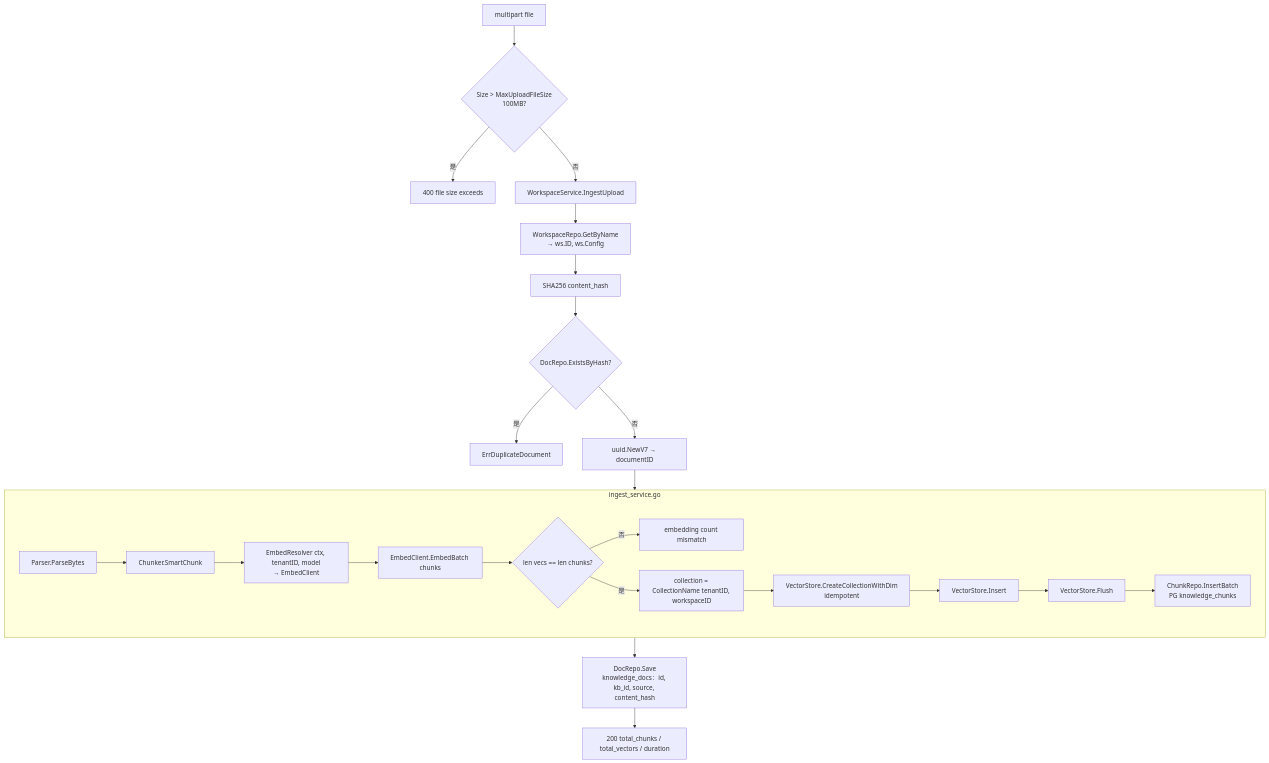
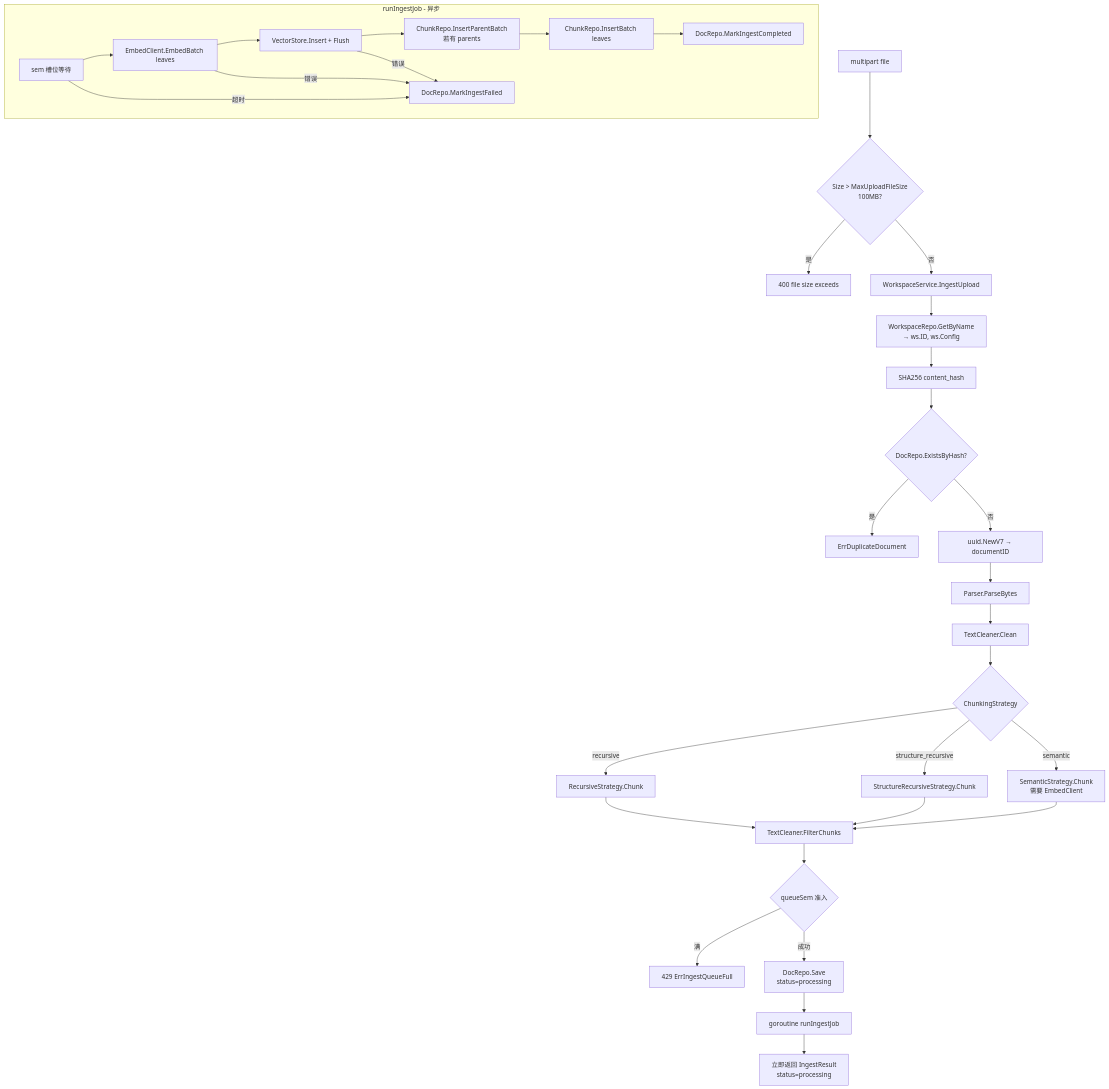
The second of 3 diagrams in docs/agent/knowledge-workspace.md (ArchChuan/Stratum), drawn with Mermaid before and after one commit. The commit also changed other lines of this file and 71 other files, not shown here.

````diff
--- a/docs/agent/knowledge-workspace.md
+++ b/docs/agent/knowledge-workspace.md
@@ -142,28 +366,36 @@
 ```mermaid
 flowchart TD
     A[multipart file] --> B{Size > MaxUploadFileSize<br/>100MB?}
     B -->|是| E1[400 file size exceeds]
     B -->|否| C[WorkspaceService.IngestUpload]
     C --> D[WorkspaceRepo.GetByName<br/>→ ws.ID, ws.Config]
     D --> H[SHA256 content_hash]
     H --> DUP{DocRepo.ExistsByHash?}
     DUP -->|是| E2[ErrDuplicateDocument]
     DUP -->|否| ID[uuid.NewV7 → documentID]
-    ID --> ING[KnowledgeIngest.IngestDocument]
+    ID --> PARSE[Parser.ParseBytes]
+    PARSE --> CLEAN[TextCleaner.Clean]
+    CLEAN --> STRAT{ChunkingStrategy}
+    STRAT -->|recursive| REC[RecursiveStrategy.Chunk]
+    STRAT -->|structure_recursive| STR[StructureRecursiveStrategy.Chunk]
+    STRAT -->|semantic| SEM[SemanticStrategy.Chunk<br/>需要 EmbedClient]
+    REC --> FILTER[TextCleaner.FilterChunks]
+    STR --> FILTER
+    SEM --> FILTER
+    FILTER --> Q{queueSem 准入}
+    Q -->|满| E3[429 ErrIngestQueueFull]
+    Q -->|成功| SAVE[DocRepo.Save<br/>status=processing]
+    SAVE --> SPAWN[goroutine runIngestJob]
+    SPAWN --> RESP[立即返回 IngestResult<br/>status=processing]
 
-    subgraph ING [ingest_service.go]
-        P[Parser.ParseBytes] --> CK[Chunker.SmartChunk]
-        CK --> RES[EmbedResolver ctx, tenantID, model<br/>→ EmbedClient]
-        RES --> EB[EmbedClient.EmbedBatch chunks]
-        EB --> V{len vecs == len chunks?}
-        V -->|否| EE[embedding count mismatch]
-        V -->|是| COL[collection = CollectionName tenantID, workspaceID]
-        COL --> CC[VectorStore.CreateCollectionWithDim<br/>idempotent]
-        CC --> IN[VectorStore.Insert]
-        IN --> FL[VectorStore.Flush]
-        FL --> CR[ChunkRepo.InsertBatch<br/>PG knowledge_chunks]
+    subgraph ASYNC [runIngestJob - 异步]
+        W[sem 槽位等待] --> EB[EmbedClient.EmbedBatch leaves]
+        EB --> VI[VectorStore.Insert + Flush]
+        VI --> PB[ChunkRepo.InsertParentBatch<br/>若有 parents]
+        PB --> IB[ChunkRepo.InsertBatch leaves]
+        IB --> DONE[DocRepo.MarkIngestCompleted]
+        W -->|超时| FAIL[DocRepo.MarkIngestFailed]
+        EB -->|错误| FAIL
+        VI -->|错误| FAIL
     end
-
-    ING --> SV[DocRepo.Save<br/>knowledge_docs：id, kb_id, source, content_hash]
-    SV --> R[200 total_chunks / total_vectors / duration]
 ```
````
